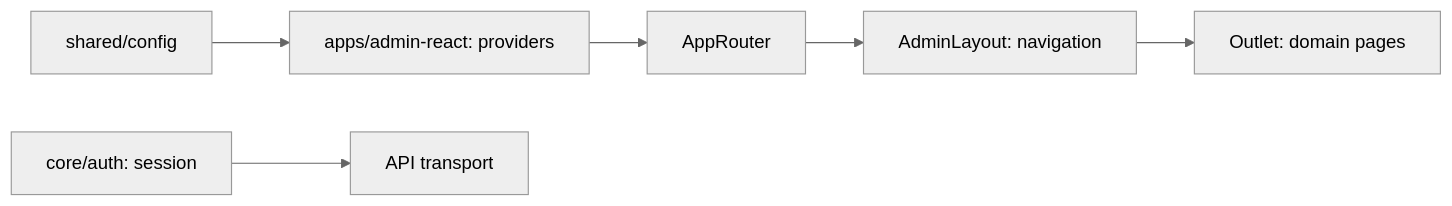
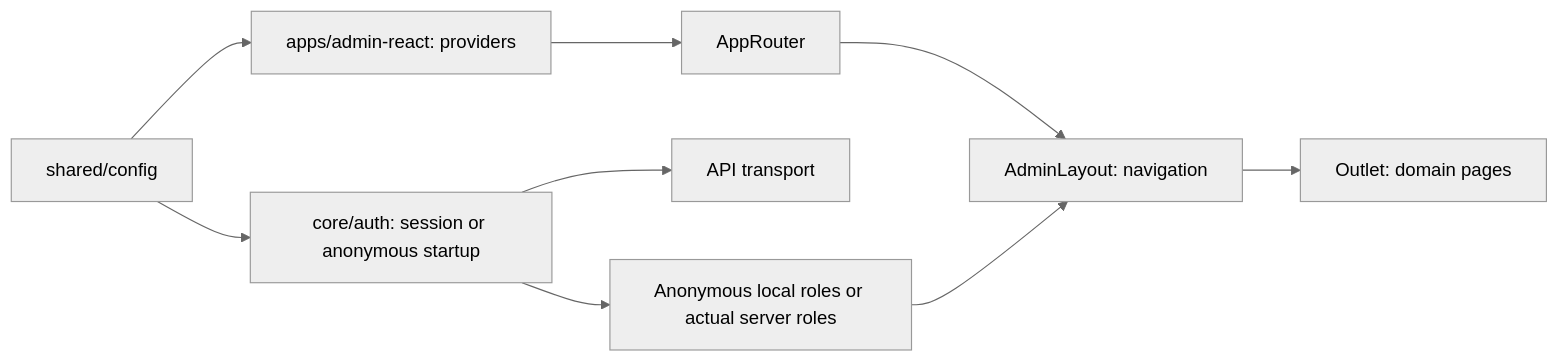
Before and after one commit to Weretik/brevi-web: the diagram in docs/features/admin/shell.md, drawn with Mermaid (neutral theme). The commit also changed other lines of this file and 7 other files, not shown here.

First line of the commit message:
docs(admin): record anonymous access and normal-mode restoration

````diff
--- a/docs/features/admin/shell.md
+++ b/docs/features/admin/shell.md
@@ -14,8 +14,11 @@
 ```mermaid
 flowchart LR
   App["apps/admin-react: providers"] --> Router["AppRouter"]
   Router --> Layout["AdminLayout: navigation"]
   Layout --> Outlet["Outlet: domain pages"]
-  Auth["core/auth: session"] --> Transport["API transport"]
+  Auth["core/auth: session or anonymous startup"] --> Transport["API transport"]
   Config["shared/config"] --> App
+  Config --> Auth
+  Auth --> Access["Anonymous local roles or actual server roles"]
+  Access --> Layout
 ```
````
